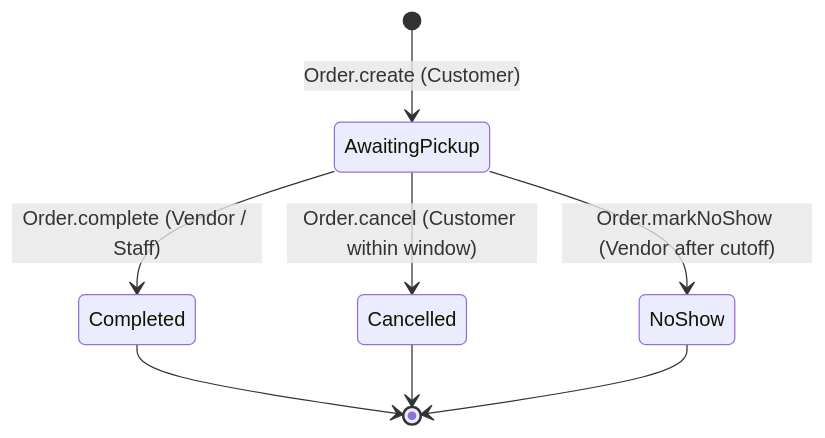
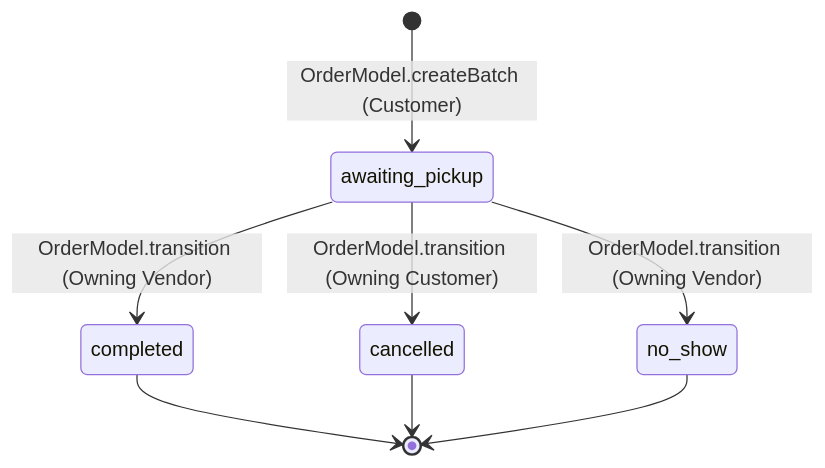
The diagram in docs/ROADMAP.md (nroc6/CP317B-Project-Group1), drawn with Mermaid before and after one commit. The commit also changed other lines of this file and 28 other files, not shown here.

````diff
--- a/docs/ROADMAP.md
+++ b/docs/ROADMAP.md
@@ -21,10 +21,10 @@
 ```mermaid
 stateDiagram-v2
-    [*] --> AwaitingPickup : Order.create (Customer)
-    AwaitingPickup --> Completed : Order.complete (Vendor / Staff)
-    AwaitingPickup --> Cancelled : Order.cancel (Customer within window)
-    AwaitingPickup --> NoShow : Order.markNoShow (Vendor after cutoff)
-    Completed --> [*]
-    Cancelled --> [*]
-    NoShow --> [*]
+    [*] --> awaiting_pickup : OrderModel.createBatch (Customer)
+    awaiting_pickup --> completed : OrderModel.transition (Owning Vendor)
+    awaiting_pickup --> cancelled : OrderModel.transition (Owning Customer)
+    awaiting_pickup --> no_show : OrderModel.transition (Owning Vendor)
+    completed --> [*]
+    cancelled --> [*]
+    no_show --> [*]
 ```
````
